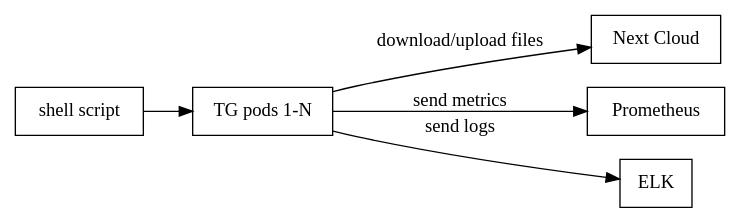
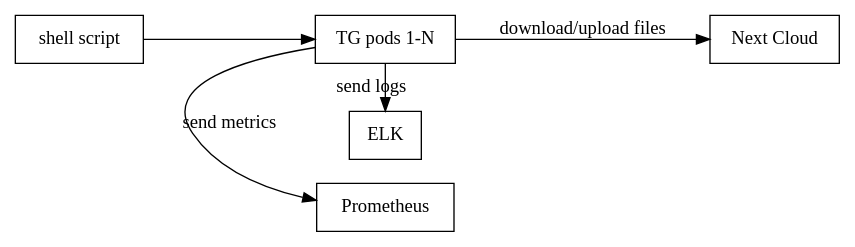
The diagram in upwork-devs/pranay-sahith/next_cloud/README.md (pranaysahith/k8-traffic-generator), drawn with Graphviz before and after one commit.

Commit message:
add rank to nodes

````diff
--- a/upwork-devs/pranay-sahith/next_cloud/README.md
+++ b/upwork-devs/pranay-sahith/next_cloud/README.md
@@ -27,18 +27,20 @@
 ```graphviz
 digraph {
     
     rankdir=LR
     
     n1 [ shape=box, label="shell script"]
     n2 [ shape=box, label="TG pods 1-N"]
     n3 [ shape=box, label="Next Cloud"]
     n4 [ shape=box, label="Prometheus"]
     n5 [ shape=box, label="ELK"]
     
     n1 -> n2
     n2 -> n3 [label="download/upload files"]
     n2 -> n4 [label="send metrics"]
     n2 -> n5 [label="send logs"]
+
+   { rank=same  n2 n4 n5 }
     
 }
 ```
````
